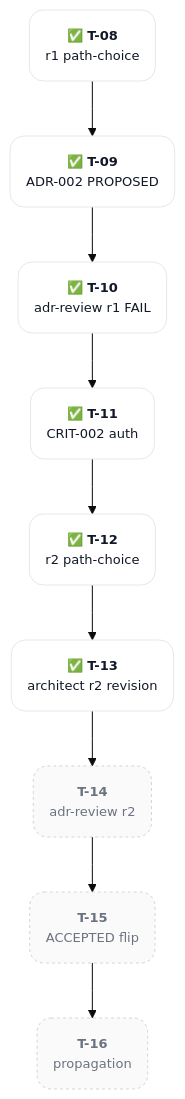
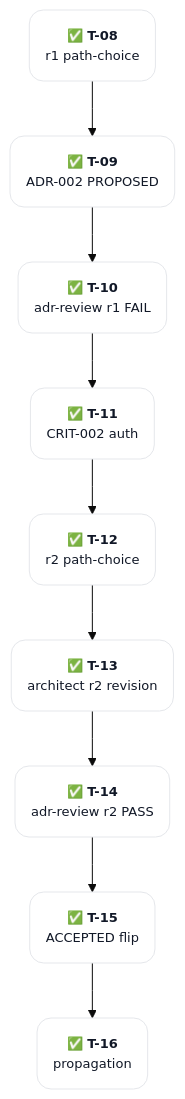
The third of 10 diagrams in docs/planning/PLAN-001-skills-ecosystem.md (acmelabs-15/skills), drawn with Mermaid before and after one commit. The commit also changed other lines of this file, not shown here.

````diff
--- a/docs/planning/PLAN-001-skills-ecosystem.md
+++ b/docs/planning/PLAN-001-skills-ecosystem.md
@@ -319,18 +319,16 @@
 ```mermaid
 %%{init: {'theme':'base','flowchart':{'curve':'stepAfter','nodeSpacing':18,'rankSpacing':55,'padding':16,'diagramPadding':20,'htmlLabels':true},'themeVariables':{'fontFamily':'-apple-system, BlinkMacSystemFont, system-ui, sans-serif','fontSize':'13px'}}}%%
 graph TD
   classDef done fill:#ffffff,stroke:#e5e7eb,stroke-width:1px,color:#111827,rx:14,ry:14
-  classDef pending fill:#fafafa,stroke:#d1d5db,stroke-width:1px,color:#6b7280,stroke-dasharray:3 3,rx:14,ry:14
   T08("✅ <b>T-08</b><br/><span style='color:#6b7280;font-size:11px'>r1 path-choice</span>")
   T09("✅ <b>T-09</b><br/><span style='color:#6b7280;font-size:11px'>ADR-002 PROPOSED</span>")
   T10("✅ <b>T-10</b><br/><span style='color:#6b7280;font-size:11px'>adr-review r1 FAIL</span>")
   T11("✅ <b>T-11</b><br/><span style='color:#6b7280;font-size:11px'>CRIT-002 auth</span>")
   T12("✅ <b>T-12</b><br/><span style='color:#6b7280;font-size:11px'>r2 path-choice</span>")
   T13("✅ <b>T-13</b><br/><span style='color:#6b7280;font-size:11px'>architect r2 revision</span>")
-  T14("<b>T-14</b><br/><span style='color:#6b7280;font-size:11px'>adr-review r2</span>")
-  T15("<b>T-15</b><br/><span style='color:#6b7280;font-size:11px'>ACCEPTED flip</span>")
-  T16("<b>T-16</b><br/><span style='color:#6b7280;font-size:11px'>propagation</span>")
+  T14("✅ <b>T-14</b><br/><span style='color:#6b7280;font-size:11px'>adr-review r2 PASS</span>")
+  T15("✅ <b>T-15</b><br/><span style='color:#6b7280;font-size:11px'>ACCEPTED flip</span>")
+  T16("✅ <b>T-16</b><br/><span style='color:#6b7280;font-size:11px'>propagation</span>")
   T08 --> T09 --> T10 --> T11 --> T12 --> T13 --> T14 --> T15 --> T16
-  class T08,T09,T10,T11,T12,T13 done
-  class T14,T15,T16 pending
+  class T08,T09,T10,T11,T12,T13,T14,T15,T16 done
 ```
````
